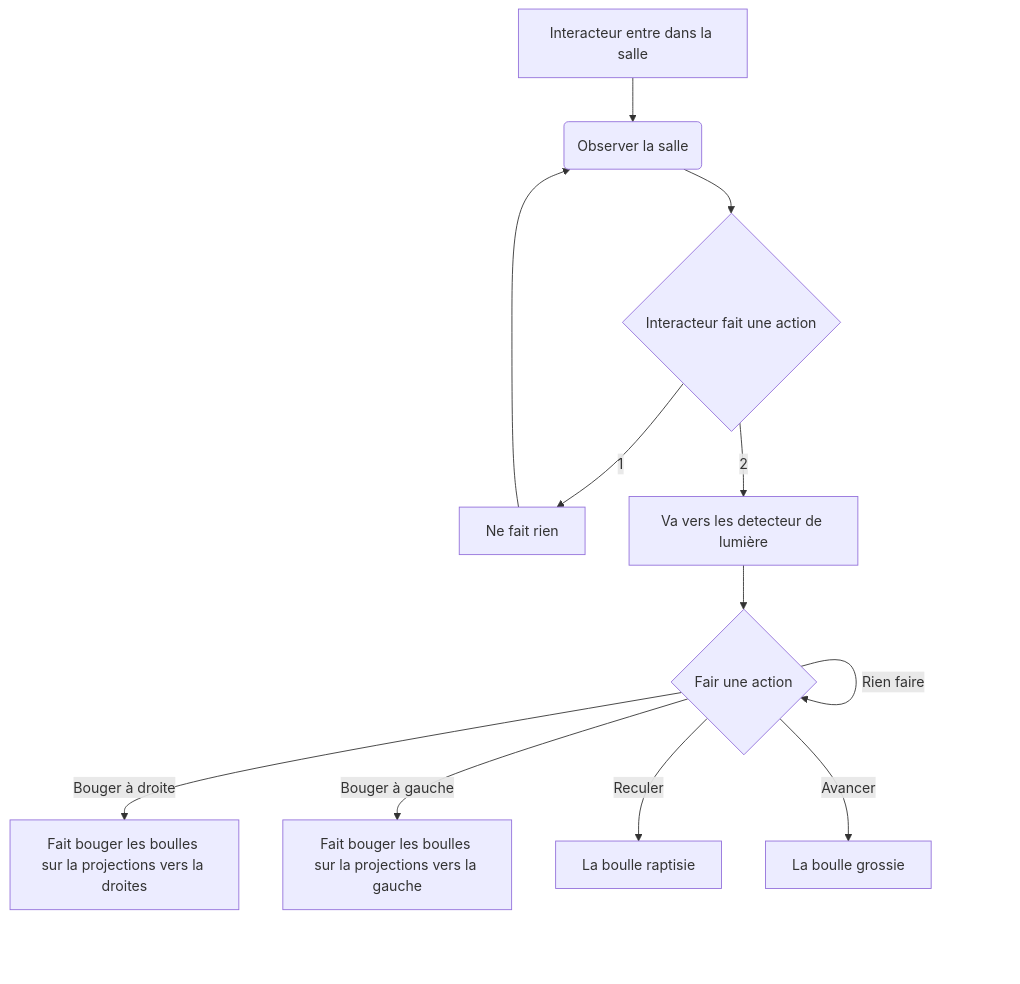
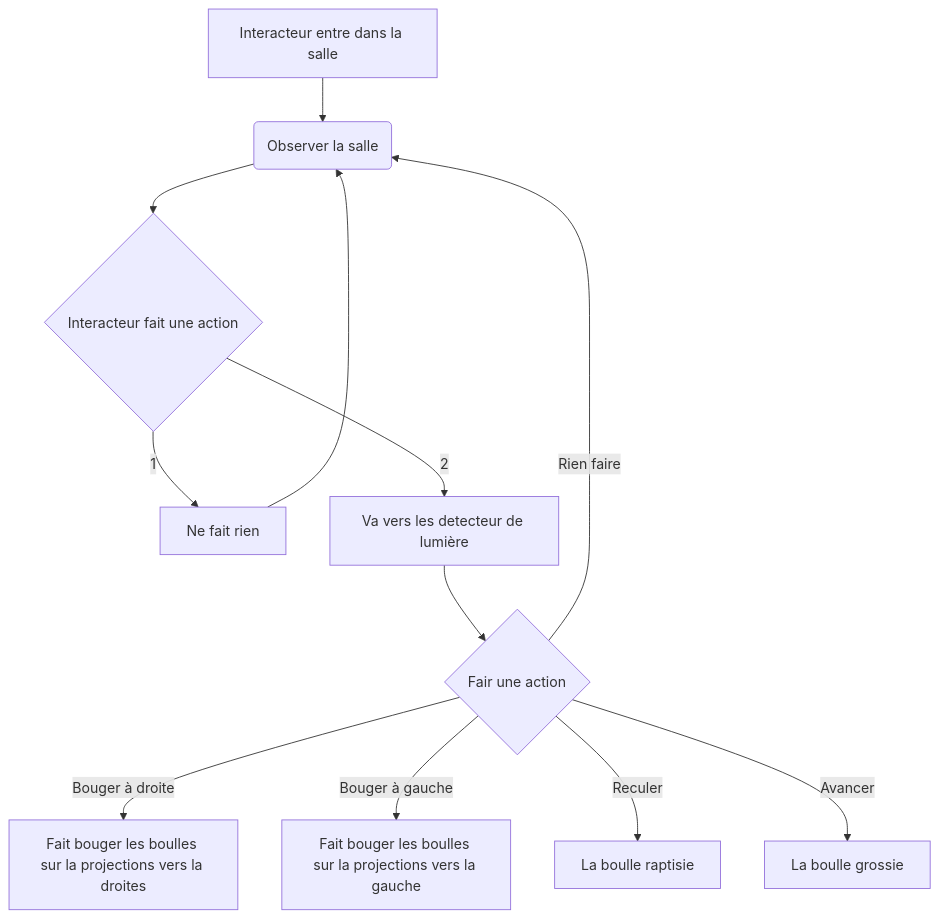
Before and after one commit to victorgileau/piano_etoile_scenarisation_projet: the diagram in README.md, drawn with Mermaid.

Commit message:
README.md-scenario_changement_derniere_etape

````diff
--- a/README.md
+++ b/README.md
@@ -20,14 +20,14 @@
 ```mermaid
 flowchart TD
     A[Interacteur entre dans la salle] --> B(Observer la salle)
     B --> C{Interacteur fait une action}
     C -->|1| D[Ne fait rien]
     C -->|2| E[Va vers les detecteur de lumière]
     D --> B
     E --> F{Fair une action}
     F -->|Bouger à droite| G[Fait bouger les boulles sur la projections vers la droites]
     F -->|Bouger à gauche| H[Fait bouger les boulles sur la projections vers la gauche]
     F -->|Reculer| I[La boulle raptisie]
     F -->|Avancer| J[La boulle grossie]
-    F -->|Rien faire| F
+    F -->|Rien faire| B
 ```
````
